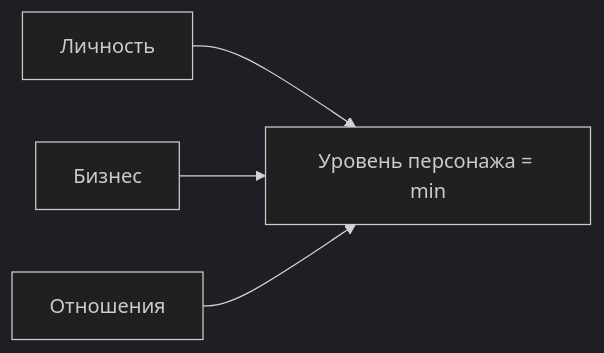
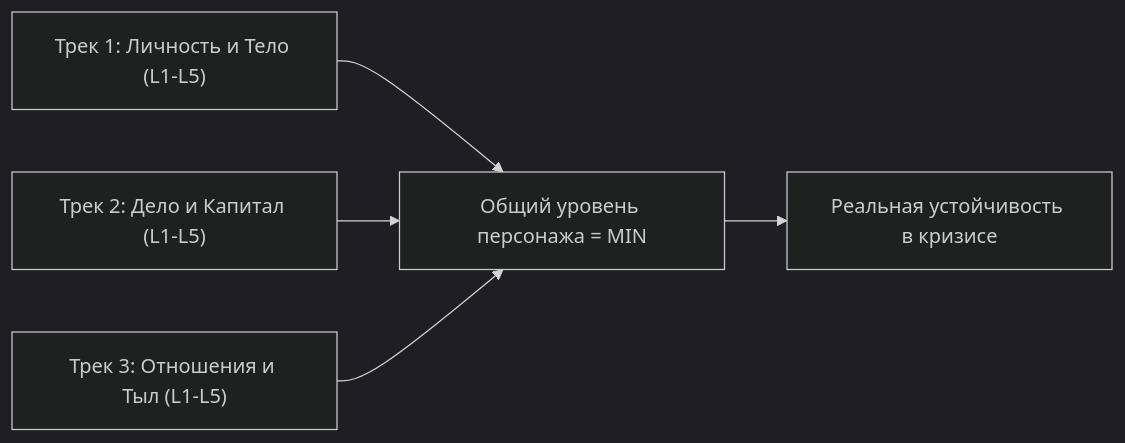
One commit to GTFB/threebooks changed the first of 5 diagrams in corex/21-game-character-sheet/ru.mdx. Above: the diagram before and after it, drawn with Mermaid (dark theme). The commit also changed other lines of this file and 54 other files, not shown here.

````diff
--- a/corex/21-game-character-sheet/ru.mdx
+++ b/corex/21-game-character-sheet/ru.mdx
@@ -36,6 +35,7 @@
 ```mermaid
 flowchart LR
-  P["Личность"] --> Min["Уровень персонажа = min"]
-  B["Бизнес"] --> Min
-  R["Отношения"] --> Min
+    Body["Трек 1: Личность и Тело (L1-L5)"] --> Min["Общий уровень персонажа = MIN"]
+    Biz["Трек 2: Дело и Капитал (L1-L5)"] --> Min
+    Rel["Трек 3: Отношения и Тыл (L1-L5)"] --> Min
+    Min --> Reality["Реальная устойчивость в кризисе"]
 ```
````
